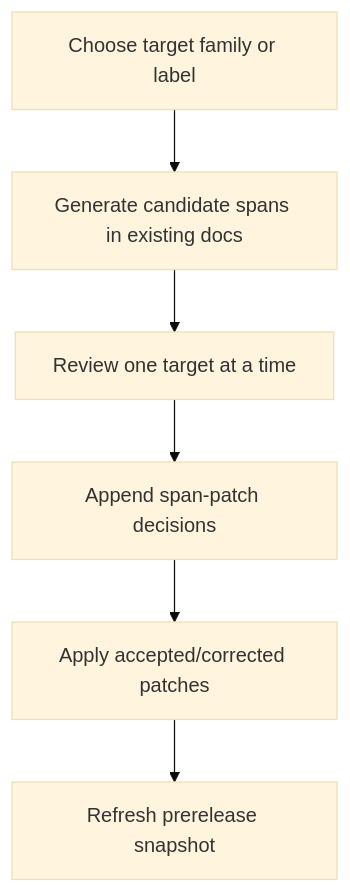
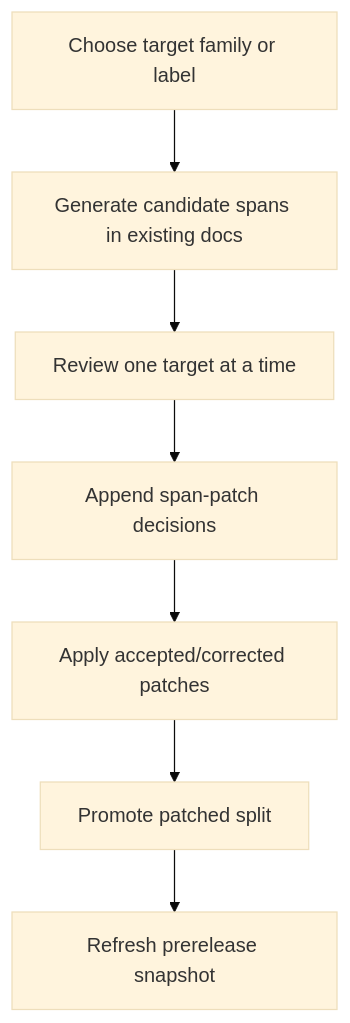
Before and after one commit to impresso/impresso-mediasources-ner-workbench: the third of 10 diagrams in docs/workflows.md, drawn with Mermaid (base theme). The commit also changed other lines of this file and 15 other files, not shown here.

````diff
--- a/docs/workflows.md
+++ b/docs/workflows.md
@@ -42,8 +42,9 @@
 ```mermaid
 flowchart TD
   A[Choose target family or label] --> B[Generate candidate spans in existing docs]
   B --> C[Review one target at a time]
   C --> D[Append span-patch decisions]
   D --> E[Apply accepted/corrected patches]
-  E --> F[Refresh prerelease snapshot]
+  E --> F[Promote patched split]
+  F --> G[Refresh prerelease snapshot]
 ```
````
